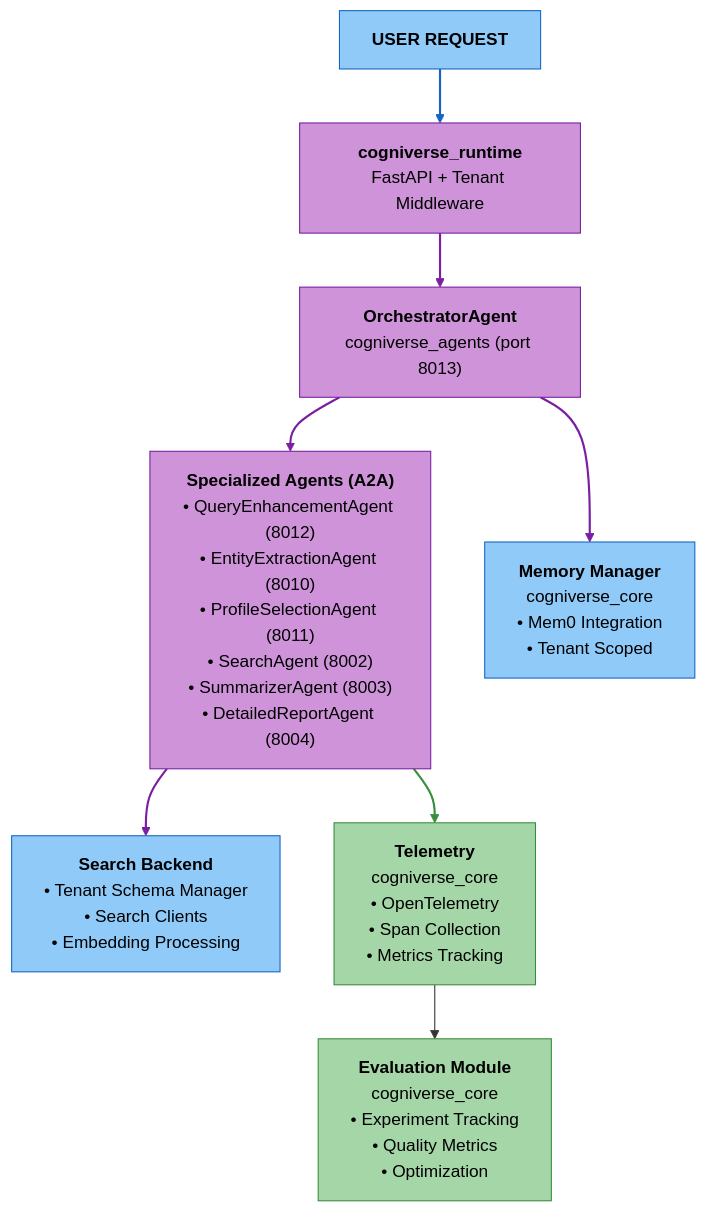
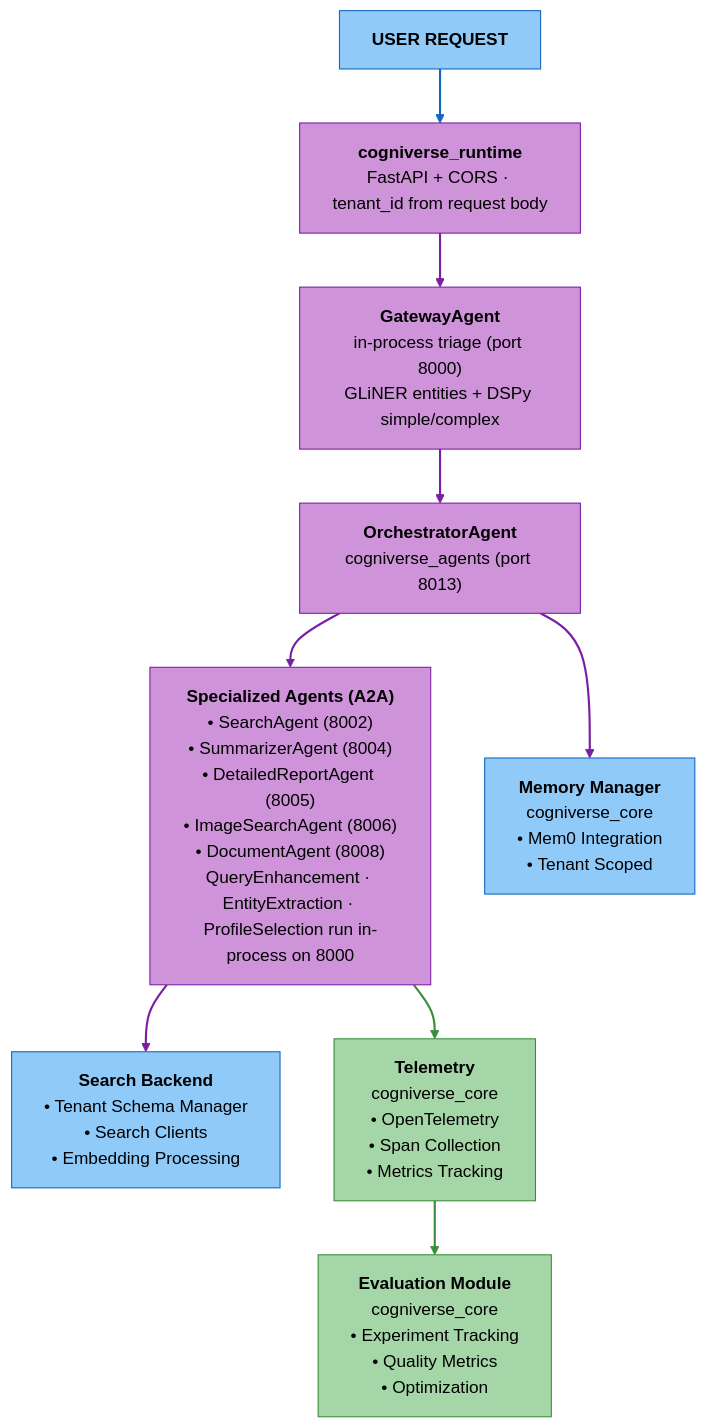
Before and after one commit to amit-jain/cogniverse: the fifth of 6 diagrams in docs/architecture/overview.md, drawn with Mermaid. The commit also changed other lines of this file and 19 other files, not shown here.

````diff
--- a/docs/architecture/overview.md
+++ b/docs/architecture/overview.md
@@ -515,29 +516,32 @@
 ```mermaid
 flowchart TB
-    User["<span style='color:#000'><b>USER REQUEST</b></span>"] --> Runtime["<span style='color:#000'><b>cogniverse_runtime</b><br/>FastAPI + Tenant Middleware</span>"]
+    User["<span style='color:#000'><b>USER REQUEST</b></span>"] --> Runtime["<span style='color:#000'><b>cogniverse_runtime</b><br/>FastAPI + CORS · tenant_id from request body</span>"]
 
-    Runtime --> Orchestrator["<span style='color:#000'><b>OrchestratorAgent</b><br/>cogniverse_agents (port 8013)</span>"]
+    Runtime --> Gateway["<span style='color:#000'><b>GatewayAgent</b><br/>in-process triage (port 8000)<br/>GLiNER entities + DSPy simple/complex</span>"]
 
-    Orchestrator --> Agents["<span style='color:#000'><b>Specialized Agents (A2A)</b><br/>• QueryEnhancementAgent (8012)<br/>• EntityExtractionAgent (8010)<br/>• ProfileSelectionAgent (8011)<br/>• SearchAgent (8002)<br/>• SummarizerAgent (8003)<br/>• DetailedReportAgent (8004)</span>"]
+    Gateway --> Orchestrator["<span style='color:#000'><b>OrchestratorAgent</b><br/>cogniverse_agents (port 8013)</span>"]
+
+    Orchestrator --> Agents["<span style='color:#000'><b>Specialized Agents (A2A)</b><br/>• SearchAgent (8002)<br/>• SummarizerAgent (8004)<br/>• DetailedReportAgent (8005)<br/>• ImageSearchAgent (8006)<br/>• DocumentAgent (8008)<br/>QueryEnhancement · EntityExtraction · ProfileSelection run in-process on 8000</span>"]
 
     Agents --> Backend["<span style='color:#000'><b>Search Backend</b><br/>• Tenant Schema Manager<br/>• Search Clients<br/>• Embedding Processing</span>"]
 
     Orchestrator --> Memory["<span style='color:#000'><b>Memory Manager</b><br/>cogniverse_core<br/>• Mem0 Integration<br/>• Tenant Scoped</span>"]
 
     Agents --> Telemetry["<span style='color:#000'><b>Telemetry</b><br/>cogniverse_core<br/>• OpenTelemetry<br/>• Span Collection<br/>• Metrics Tracking</span>"]
 
     Telemetry --> Evaluation["<span style='color:#000'><b>Evaluation Module</b><br/>cogniverse_core<br/>• Experiment Tracking<br/>• Quality Metrics<br/>• Optimization</span>"]
 
     style User fill:#90caf9,stroke:#1565c0,color:#000
     style Runtime fill:#ce93d8,stroke:#7b1fa2,color:#000
+    style Gateway fill:#ce93d8,stroke:#7b1fa2,color:#000
     style Orchestrator fill:#ce93d8,stroke:#7b1fa2,color:#000
     style Agents fill:#ce93d8,stroke:#7b1fa2,color:#000
     style Backend fill:#90caf9,stroke:#1565c0,color:#000
     style Memory fill:#90caf9,stroke:#1565c0,color:#000
     style Telemetry fill:#a5d6a7,stroke:#388e3c,color:#000
     style Evaluation fill:#a5d6a7,stroke:#388e3c,color:#000
 
     linkStyle 0 stroke:#1565c0,stroke-width:2px
-    linkStyle 1,2,3,4 stroke:#7b1fa2,stroke-width:2px
-    linkStyle 5 stroke:#388e3c,stroke-width:2px
+    linkStyle 1,2,3,4,5 stroke:#7b1fa2,stroke-width:2px
+    linkStyle 6,7 stroke:#388e3c,stroke-width:2px
 ```
````
